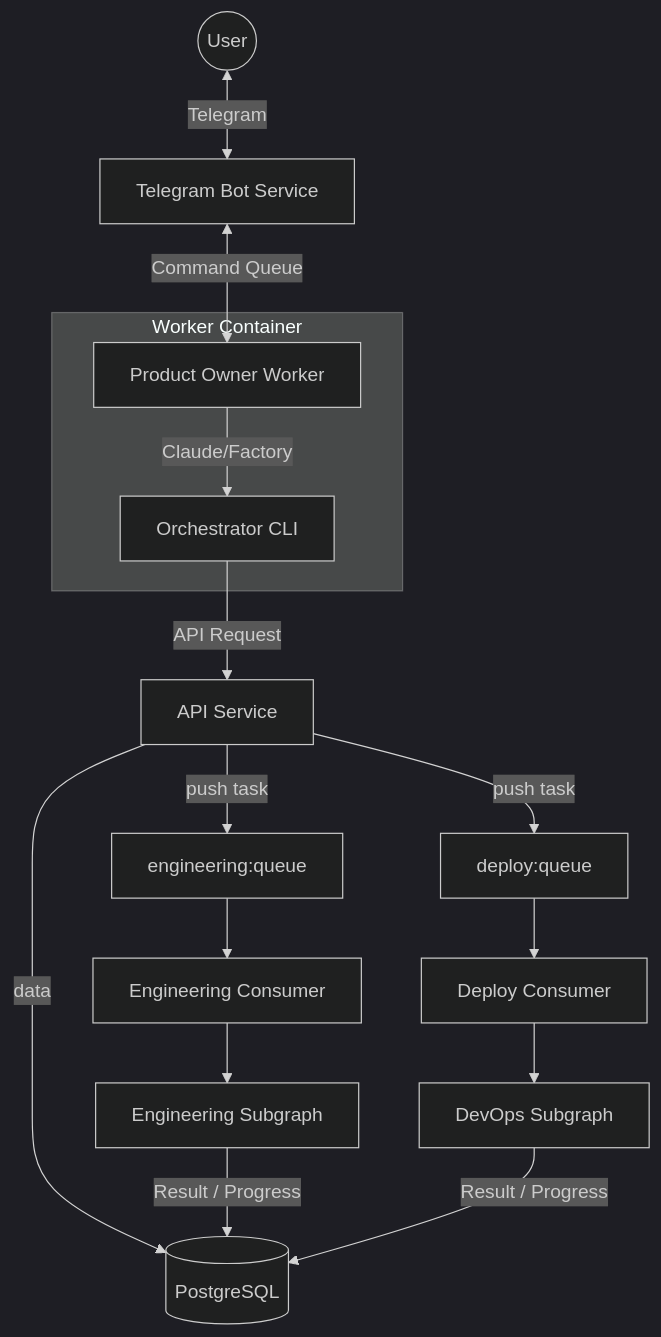
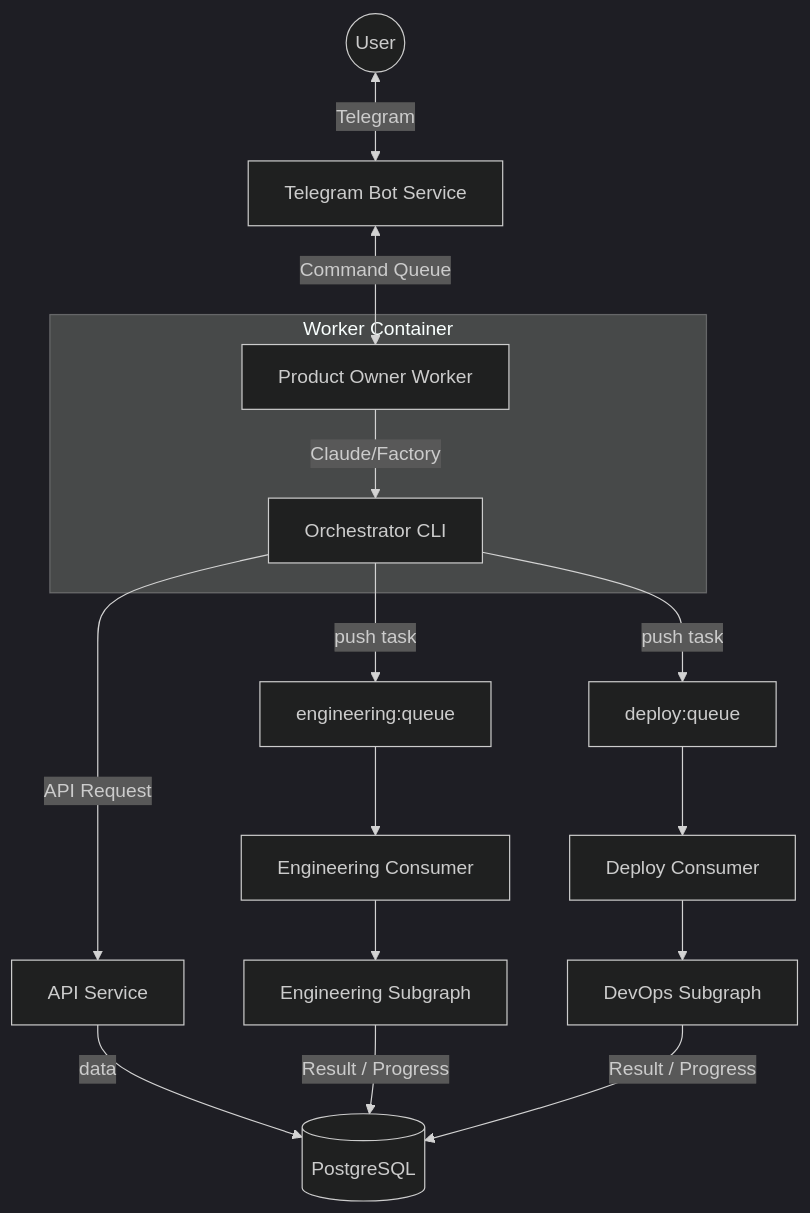
Before and after one commit to vladmesh/codegen_orchestrator: the diagram in docs/new_architecture/README.md, drawn with Mermaid (dark theme). The commit also changed 8 other files, not shown here.

Commit message:
refactor(docs): refine architecture docs - standardized queues, event listening, and migration plan

````diff
--- a/docs/new_architecture/README.md
+++ b/docs/new_architecture/README.md
@@ -113,25 +113,26 @@
 ```mermaid
 graph TD
     User((User)) <--> |Telegram| Bot[Telegram Bot Service]
     Bot <--> |Command Queue| PO[Product Owner Worker]
     
     subgraph "Worker Container"
         PO -- "Claude/Factory" --> CLI[Orchestrator CLI]
     end
     
     CLI --> |API Request| API[API Service]
     
-    API --> |"push task"| EngQueue[engineering:queue]
-    API --> |"push task"| DeployQueue[deploy:queue]
+    CLI --> |"push task"| EngQueue[engineering:queue]
+    CLI --> |"push task"| DeployQueue[deploy:queue]
+    
     API --> |"data"| DB[(PostgreSQL)]
     
     EngQueue --> EngConsumer[Engineering Consumer]
     EngConsumer --> EngGraph[Engineering Subgraph]
     
     DeployQueue --> DepConsumer[Deploy Consumer]
     DepConsumer --> DepGraph[DevOps Subgraph]
 
     %% Feedback Loops
     EngGraph --> |"Result / Progress"| DB
     DepGraph --> |"Result / Progress"| DB
 ```
````
